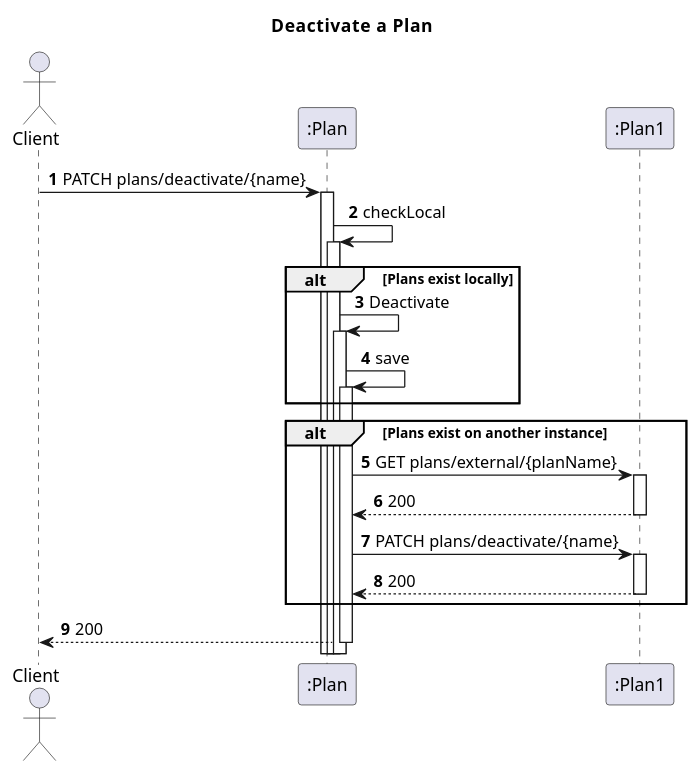
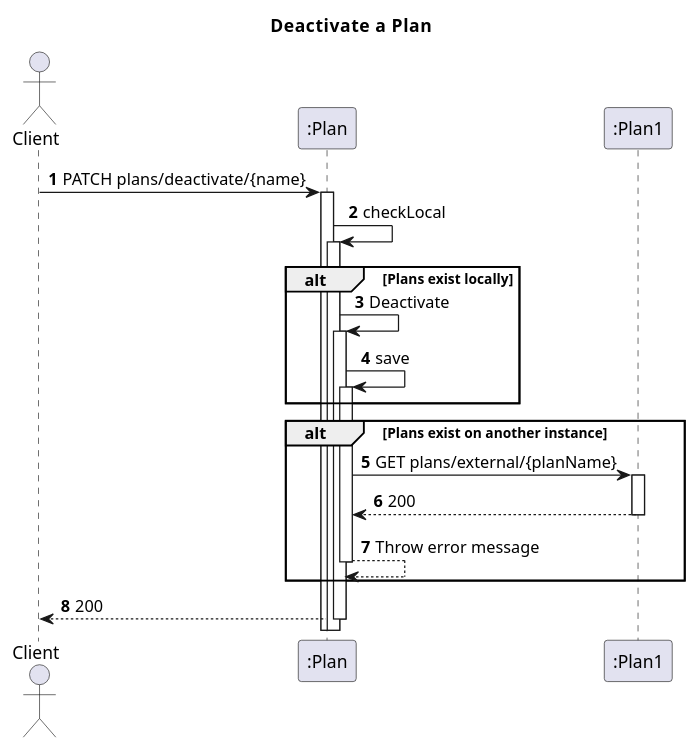
One commit to IsepMartimOliveira/SIDIS changed the diagram in docs_sidis/Plans/Vista_Logica/N2/N2_Deactivate_Plan.puml. Above: the diagram before and after it, drawn with PlantUML. The commit also changed 1 other file, not shown here.

Commit message:
Update Doc Plans

```diff
--- a/docs_sidis/Plans/Vista_Logica/N2/N2_Deactivate_Plan.puml
+++ b/docs_sidis/Plans/Vista_Logica/N2/N2_Deactivate_Plan.puml
@@ -1,37 +1,37 @@
 @startuml
 'https://plantuml.com/sequence-diagram
 autoactivate on
 autonumber
 title  Deactivate  a  Plan
 
 autonumber
 
 actor "Client" as Ac
 participant ":Plan" as Auth
 participant ":Plan1" as Serv
 
 
 Ac->Auth:PATCH plans/deactivate/{name}
 Auth->Auth:checkLocal
 
 alt Plans exist locally
 Auth->Auth:Deactivate
 Auth->Auth:save
 end
 alt Plans exist on another instance
 Auth->Serv: GET plans/external/{planName}
 Serv-->Auth:200
-Auth->Serv:PATCH plans/deactivate/{name}
-Serv-->Auth:200
+Auth-->Auth:Throw error message
+
 end
 Auth-->Ac:200
 
 
 
 
 
 
 
 
 
 @enduml
```
